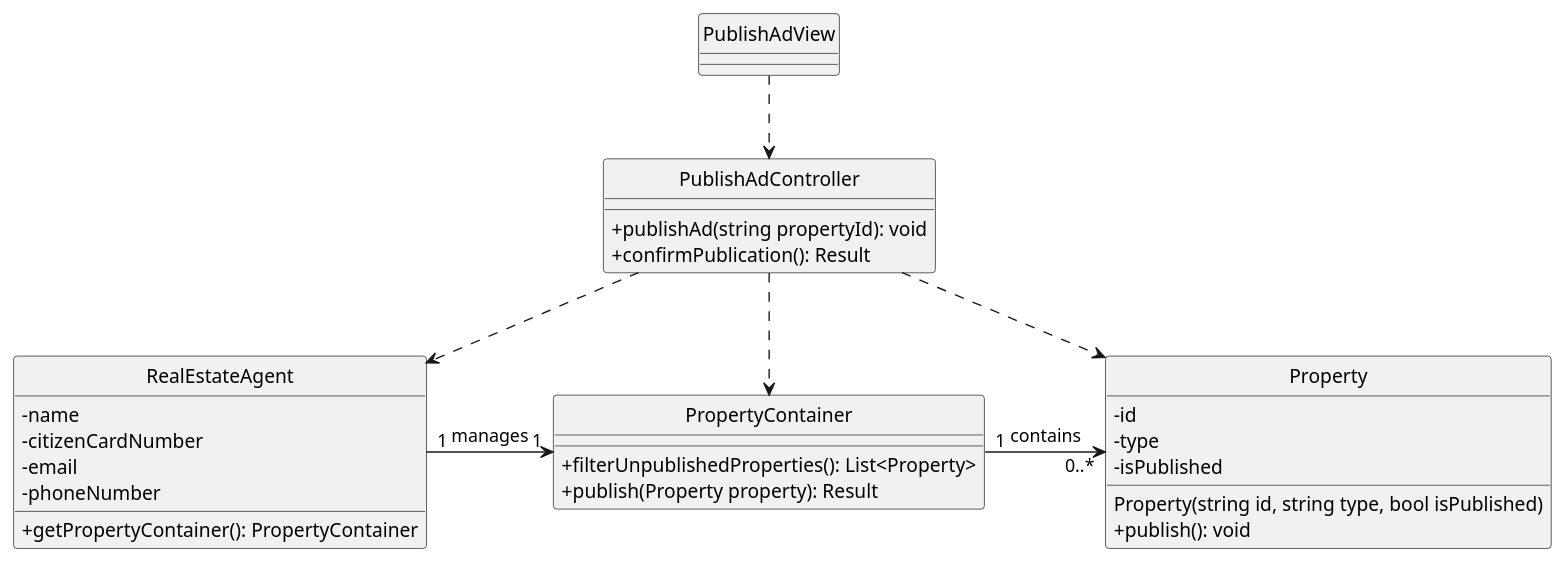
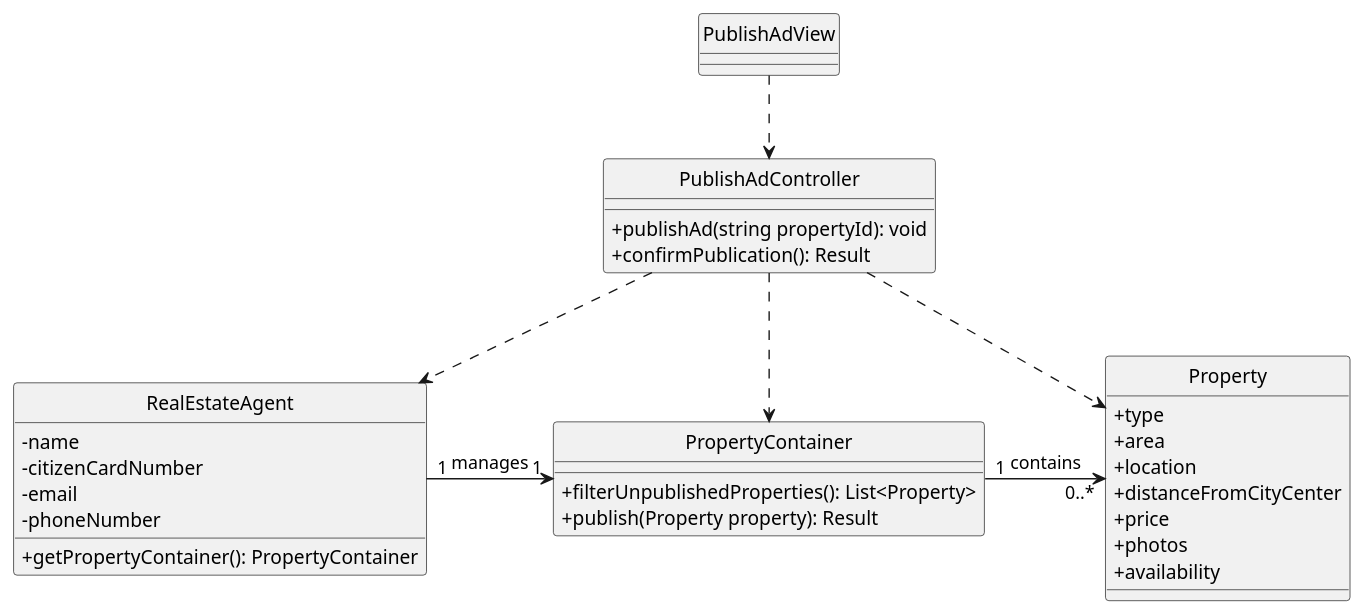
One commit to goncalomaia18/leti-esoft-24-25-A2 changed the diagram in docs/Sprint3/US40/US40-CD.puml. Above: the diagram before and after it, drawn with PlantUML. The commit also changed 2 other files, not shown here.

```diff
--- a/docs/Sprint3/US40/US40-CD.puml
+++ b/docs/Sprint3/US40/US40-CD.puml
@@ -1,44 +1,47 @@
 @startuml
 'https://plantuml.com/class-diagram
 
 hide circle
 skinparam classAttributeIconSize 0
 
 class PublishAdView {
 }
 
 class PublishAdController {
     +publishAd(string propertyId): void
     +confirmPublication(): Result
 }
 
 class RealEstateAgent {
     - name
     -citizenCardNumber
     -email
     -phoneNumber
     +getPropertyContainer(): PropertyContainer
 }
 
 class PropertyContainer {
     +filterUnpublishedProperties(): List<Property>
     +publish(Property property): Result
 }
 
 class Property {
-    - id
-    - type
-    - isPublished
-    Property(string id, string type, bool isPublished)
-    +publish(): void
+        +type
+        +area
+        +location
+        +distanceFromCityCenter
+        +price
+        +photos
+        +availability
+
 }
 
 RealEstateAgent "1" -right-> "1" PropertyContainer:  manages
 PropertyContainer "1" -right-> "0..*" Property:  contains
 
 PublishAdView ..> PublishAdController
 PublishAdController ..> RealEstateAgent
 PublishAdController ..> PropertyContainer
 PublishAdController ..> Property
 
 @enduml
```
